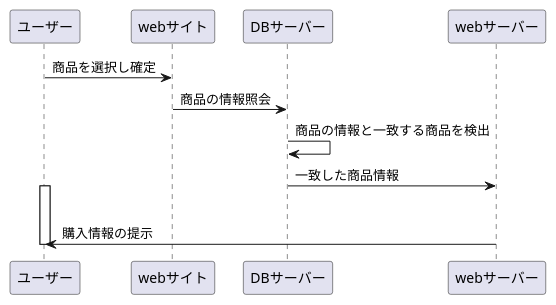
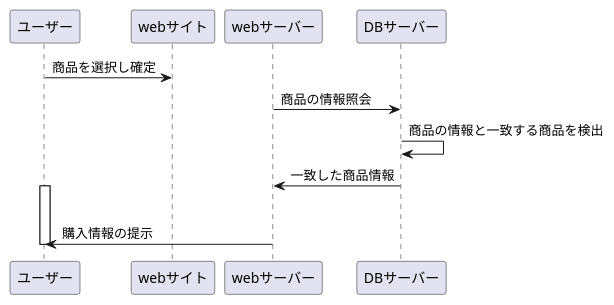
Before and after one commit to Aso2001195/2021sys-design: the diagram in kadai7.md, drawn with PlantUML.

````diff
--- a/kadai7.md
+++ b/kadai7.md
@@ -1,12 +1,12 @@
 ```uml
 @startuml
 ユーザー->webサイト:商品を選択し確定
-webサイト->DBサーバー:商品の情報照会
+webサーバー->DBサーバー:商品の情報照会
 DBサーバー->DBサーバー:商品の情報と一致する商品を検出
 DBサーバー->webサーバー:一致した商品情報
 activate ユーザー
 alt 商品の在庫有
 webサーバー->ユーザー:購入情報の提示
 deactivate ユーザー
 @enduml
 ```
````
